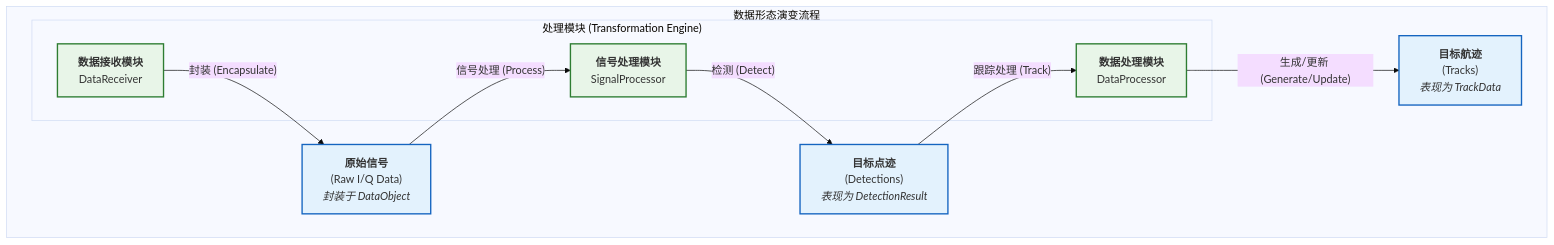
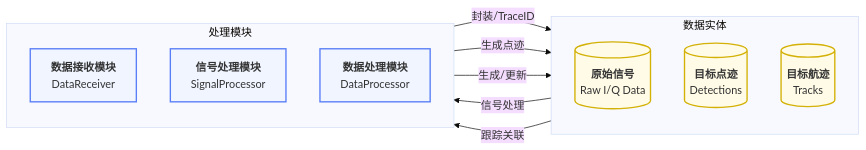
The third of 3 diagrams in docs/01_项目设计/04_数据架构/00_数据架构总览与原则.md (wendizhou99-cell/Radar), drawn with Mermaid before and after one commit. The commit also changed other lines of this file and 26 other files, not shown here.

First line of the commit message:
docs: 完成数据架构文档系列重构和Mermaid可视化指南增强

````diff
--- a/docs/01_项目设计/04_数据架构/00_数据架构总览与原则.md
+++ b/docs/01_项目设计/04_数据架构/00_数据架构总览与原则.md
@@ -187,32 +251,43 @@
 ```mermaid
 ---
   config:
     theme: base
     flowchart:
       curve: basis
 ---
 flowchart LR
-    subgraph "数据形态演变流程"
-        direction LR
-        A["<b>原始信号</b><br/>(Raw I/Q Data)<br/><i>封装于 DataObject</i>"]
-        B["<b>目标点迹</b><br/>(Detections)<br/><i>表现为 DetectionResult</i>"]
-        C["<b>目标航迹</b><br/>(Tracks)<br/><i>表现为 TrackData</i>"]
-
-        subgraph "处理模块 (Transformation Engine)"
-            M1[<b>数据接收模块</b><br/>DataReceiver]
-            M2[<b>信号处理模块</b><br/>SignalProcessor]
-            M3[<b>数据处理模块</b><br/>DataProcessor]
-        end
+    %% 模块分组 2: 数据形态/载体 (Data Packets/Entities)
+    subgraph "数据实体"
+        direction TB
+        %% 遵循项目规范: 数据实体使用体育场形 [(...)] 和浅黄色
+        DATA_RAW[(<b>原始信号</b><br/>Raw I/Q Data)]:::data_entity
+        DATA_DETS[(<b>目标点迹</b><br/>Detections)]:::data_entity
+        DATA_TRACKS[(<b>目标航迹</b><br/>Tracks)]:::data_entity
     end
 
-    M1 -- "封装 (Encapsulate)" --> A
-    A -- "信号处理 (Process)" --> M2
-    M2 -- "检测 (Detect)" --> B
-    B -- "跟踪处理 (Track)" --> M3
-    M3 -- "生成/更新 (Generate/Update)" --> C
+    %% 模块分组 1: 数据处理模块 (Operation/Transformation Engines)
+    subgraph "处理模块"
+        direction TB
+        M1["<b>数据接收模块</b><br/>DataReceiver"]:::data_pipeline
+        M2["<b>信号处理模块</b><br/>SignalProcessor"]:::data_pipeline
+        M3["<b>数据处理模块</b><br/>DataProcessor"]:::data_pipeline
+    end
 
-    classDef state fill:#e3f2fd,stroke:#1565c0,stroke-width:2px
-    classDef module fill:#e8f5e8,stroke:#2e7d32,stroke-width:2px
-    class A,B,C state
-    class M1,M2,M3 module
+    %% 关系流: 模块负责生成数据实体，数据实体驱动下一个模块
+    %% M1 (生产) -> DATA_RAW (载体) -> M2 (消费/生产) -> DATA_DETS...
+
+    M1 -->|封装/TraceID| DATA_RAW
+    DATA_RAW -->|信号处理| M2
+    M2 -->|生成点迹| DATA_DETS
+    DATA_DETS -->|跟踪关联| M3
+    M3 -->|生成/更新| DATA_TRACKS
+
+    %% --- 标准 classDef 模板 (引入项目规范颜色) ---
+    %% 颜色定义参考: Mermaid可视化设计指南.md
+    classDef data_pipeline fill:#f0f5ff,stroke:#597ef7,stroke-width:2px
+    classDef data_entity fill:#fffbe6,stroke:#d4b106,stroke-width:2px
+
+    %% --- 样式应用 ---
+    class M1,M2,M3 data_pipeline
+    class DATA_RAW,DATA_DETS,DATA_TRACKS data_entity
 ```
````
